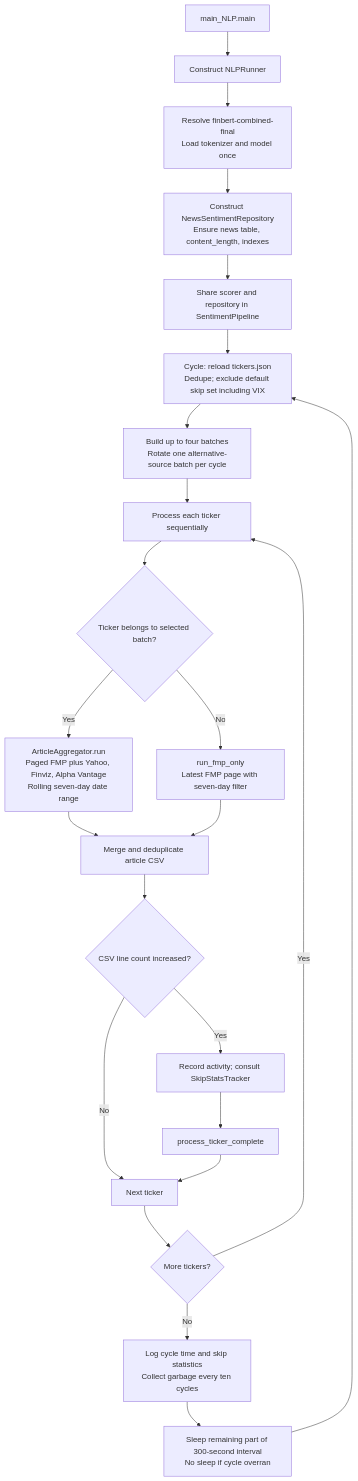
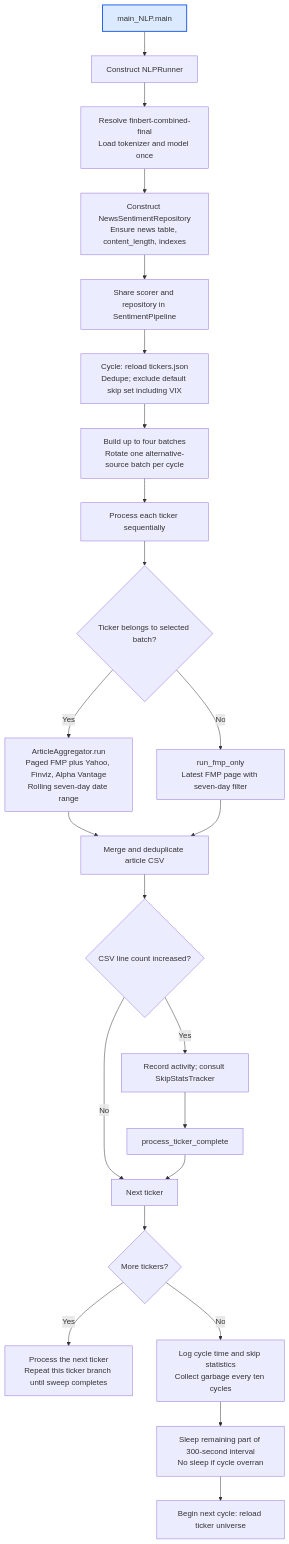
The first of 3 diagrams in NLP/WORKFLOW.md (MUNQuantSociety/MQSMaster), drawn with Mermaid before and after one commit. The commit also changed other lines of this file and 12 other files, not shown here.

Commit message:
docs: make workflow diagrams top-down hierarchies

````diff
--- a/NLP/WORKFLOW.md
+++ b/NLP/WORKFLOW.md
@@ -9,25 +9,26 @@
 ```mermaid
 flowchart TD
     START["main_NLP.main"] --> RUNNER["Construct NLPRunner"]
     RUNNER --> MODEL["Resolve finbert-combined-final<br/>Load tokenizer and model once"]
     MODEL --> REPO["Construct NewsSentimentRepository<br/>Ensure news table, content_length, indexes"]
     REPO --> PIPE["Share scorer and repository in SentimentPipeline"]
     PIPE --> LOAD["Cycle: reload tickers.json<br/>Dedupe; exclude default skip set including VIX"]
     LOAD --> BATCH["Build up to four batches<br/>Rotate one alternative-source batch per cycle"]
     BATCH --> TICKER["Process each ticker sequentially"]
     TICKER --> ALT{"Ticker belongs to selected batch?"}
     ALT -->|Yes| FULL["ArticleAggregator.run<br/>Paged FMP plus Yahoo, Finviz, Alpha Vantage<br/>Rolling seven-day date range"]
     ALT -->|No| FAST["run_fmp_only<br/>Latest FMP page with seven-day filter"]
     FULL --> MERGE["Merge and deduplicate article CSV"]
     FAST --> MERGE
     MERGE --> NEW{"CSV line count increased?"}
     NEW -->|No| NEXT["Next ticker"]
     NEW -->|Yes| STATS["Record activity; consult SkipStatsTracker"]
     STATS --> SCORE["process_ticker_complete"]
     SCORE --> NEXT
     NEXT --> MORE{"More tickers?"}
-    MORE -->|Yes| TICKER
+    MORE -->|Yes| NEXTTICKER["Process the next ticker<br/>Repeat this ticker branch until sweep completes"]
     MORE -->|No| FINISH["Log cycle time and skip statistics<br/>Collect garbage every ten cycles"]
     FINISH --> SLEEP["Sleep remaining part of 300-second interval<br/>No sleep if cycle overran"]
-    SLEEP --> LOAD
+    SLEEP --> NEXTCYCLE["Begin next cycle: reload ticker universe"]
+    style START fill:#dbeafe,stroke:#2563eb,stroke-width:2px
 ```
````
